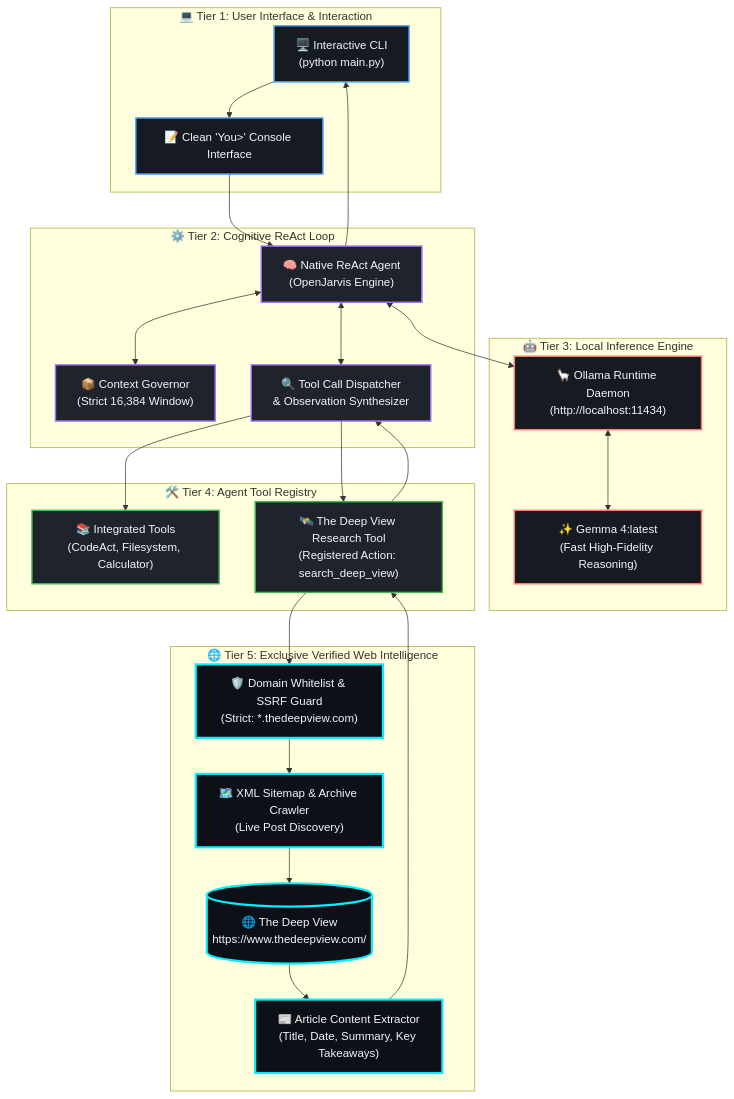
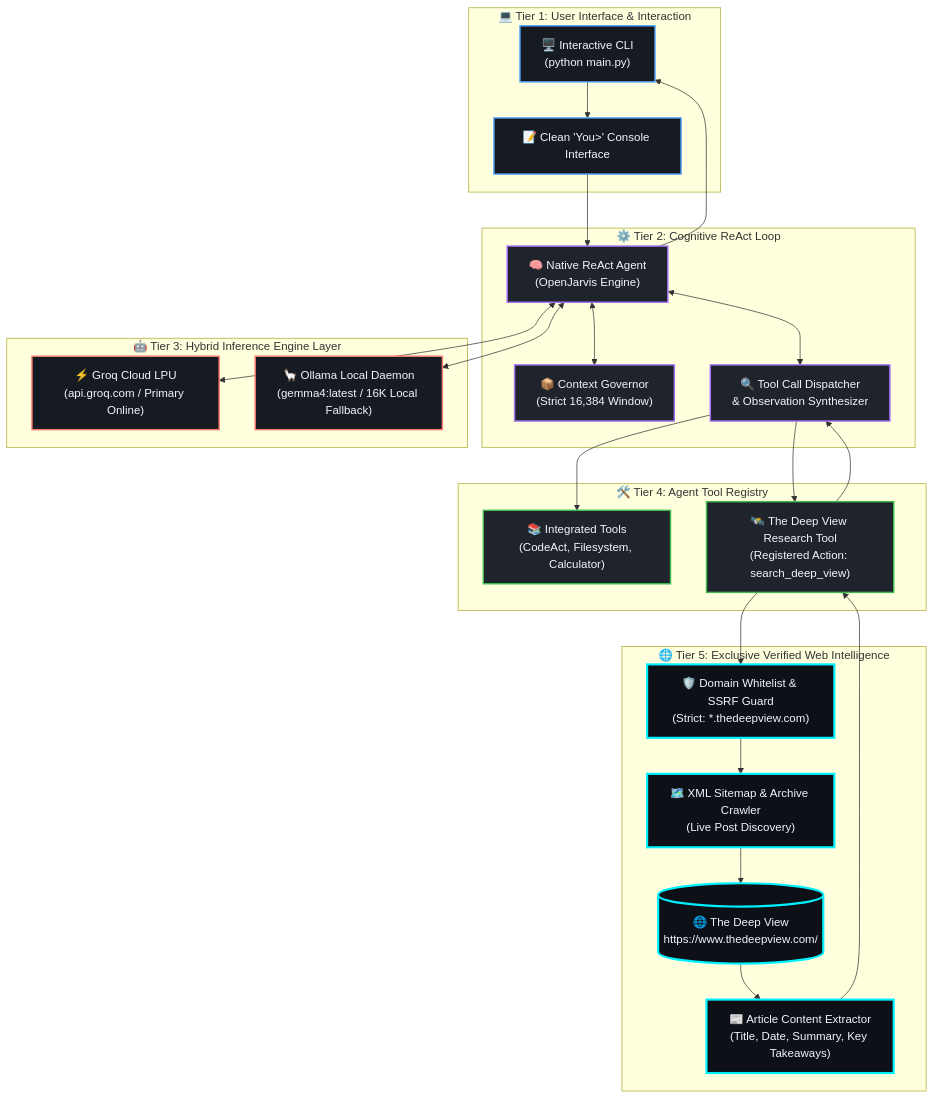
Before and after one commit to Xeneium/Jarvis: the first of 2 diagrams in README.md, drawn with Mermaid. The commit also changed other lines of this file and 8 other files, not shown here.

First line of the commit message:
feat: configure Groq as primary online engine with local Ollama fallback

````diff
--- a/README.md
+++ b/README.md
@@ -71,61 +76,61 @@
 ```mermaid
 flowchart TD
     %% Global Styling
     classDef clientLayer fill:#161b22,stroke:#58a6ff,stroke-width:2px,color:#f0f6fc;
     classDef agentLayer fill:#1f242c,stroke:#a371f7,stroke-width:2px,color:#f0f6fc;
     classDef modelLayer fill:#161b22,stroke:#ff7b72,stroke-width:2px,color:#f0f6fc;
     classDef toolsLayer fill:#1f242c,stroke:#3fb950,stroke-width:2px,color:#f0f6fc;
     classDef retrievalLayer fill:#0d1117,stroke:#00f0ff,stroke-width:3px,color:#f0f6fc;
 
     subgraph CLIENT[" 💻 Tier 1: User Interface & Interaction "]
         CLI["🖥️ Interactive CLI\n(python main.py)"]
         PROMPT["📝 Clean 'You>' Console Interface"]
     end
 
     subgraph ORCHESTRATION[" ⚙️ Tier 2: Cognitive ReAct Loop "]
         AGENT["🧠 Native ReAct Agent\n(OpenJarvis Engine)"]
         CTX["📦 Context Governor\n(Strict 16,384 Window)"]
         PARSER["🔍 Tool Call Dispatcher\n& Observation Synthesizer"]
     end
 
-    subgraph MODEL[" 🤖 Tier 3: Local Inference Engine "]
-        OLLAMA["🦙 Ollama Runtime Daemon\n(http://localhost:11434)"]
-        GEMMA["✨ Gemma 4:latest\n(Fast High-Fidelity Reasoning)"]
+    subgraph MODEL[" 🤖 Tier 3: Hybrid Inference Engine Layer "]
+        GROQ["⚡ Groq Cloud LPU\n(api.groq.com / Primary Online)"]
+        OLLAMA["🦙 Ollama Local Daemon\n(gemma4:latest / 16K Local Fallback)"]
     end
 
     subgraph TOOLS[" 🛠️ Tier 4: Agent Tool Registry "]
         REG["📚 Integrated Tools\n(CodeAct, Filesystem, Calculator)"]
         DEEP_TOOL["🛰️ The Deep View Research Tool\n(Registered Action: search_deep_view)"]
     end
 
     subgraph RETRIEVAL[" 🌐 Tier 5: Exclusive Verified Web Intelligence "]
         GUARD["🛡️ Domain Whitelist & SSRF Guard\n(Strict: *.thedeepview.com)"]
         SITEMAP["🗺️ XML Sitemap & Archive Crawler\n(Live Post Discovery)"]
         PARSER_HTML["📰 Article Content Extractor\n(Title, Date, Summary, Key Takeaways)"]
         SOURCE[("🌐 The Deep View\nhttps://www.thedeepview.com/")]
     end
 
     %% Connections
     CLI --> PROMPT
     PROMPT --> AGENT
     AGENT <--> CTX
     AGENT <--> PARSER
+    AGENT <--> GROQ
     AGENT <--> OLLAMA
-    OLLAMA <--> GEMMA
 
     PARSER --> REG
     PARSER --> DEEP_TOOL
     DEEP_TOOL --> GUARD
     GUARD --> SITEMAP
     SITEMAP --> SOURCE
     SOURCE --> PARSER_HTML
     PARSER_HTML --> DEEP_TOOL
     DEEP_TOOL --> PARSER
     AGENT --> CLI
 
     class CLI,PROMPT clientLayer;
     class AGENT,CTX,PARSER agentLayer;
-    class OLLAMA,GEMMA modelLayer;
+    class GROQ,OLLAMA modelLayer;
     class REG,DEEP_TOOL toolsLayer;
     class GUARD,SITEMAP,PARSER_HTML,SOURCE retrievalLayer;
 ```
````
